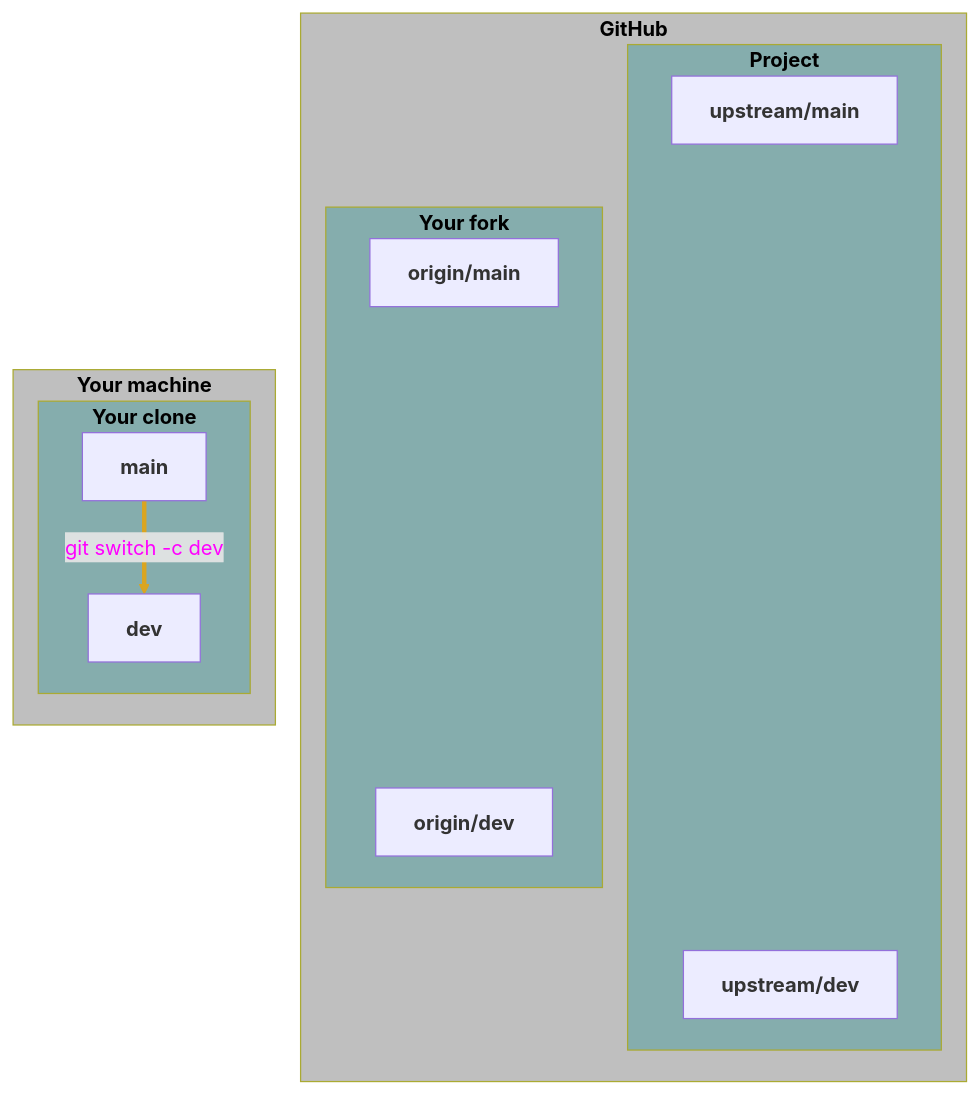
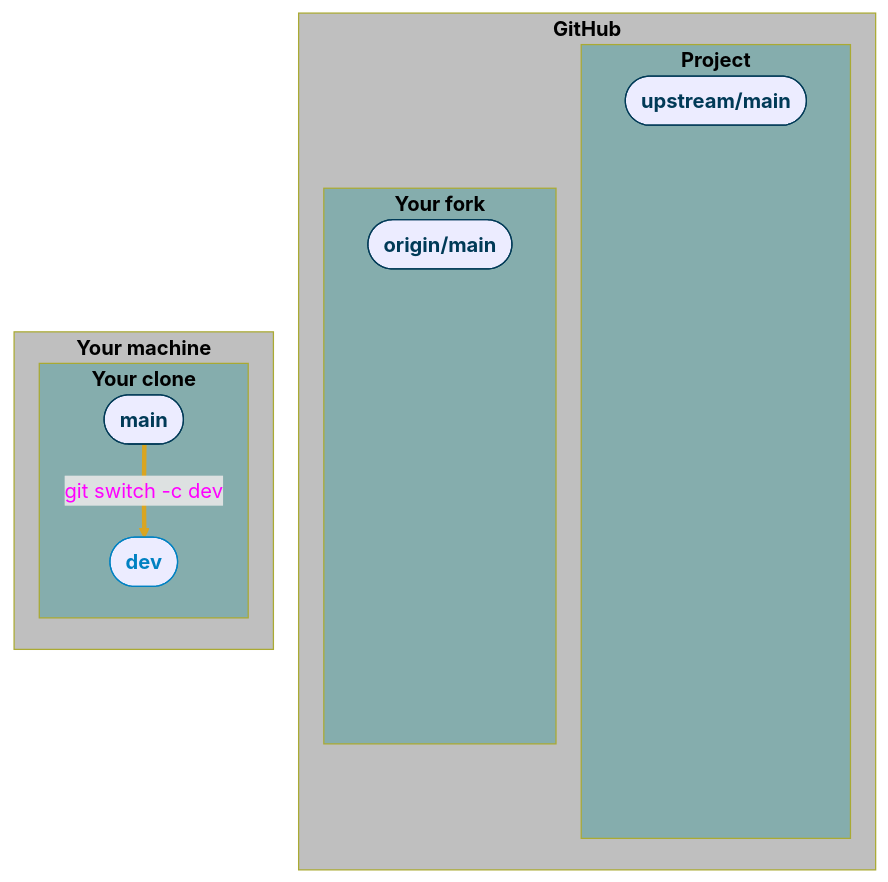
The seventh of 12 diagrams in git/col_pr.qmd (WestDRI/arc-training), drawn with Mermaid before and after one commit. The commit also changed other lines of this file, not shown here.

Commit message:
improve GitHub PR workflow mermaid diagrams

````diff
--- a/git/col_pr.qmd
+++ b/git/col_pr.qmd
@@ -345,45 +405,48 @@
 ```{mermaid}
 %%| echo: false
 flowchart TD
-  subgraph gh["<b>GitHub</b>"]
-    subgraph project["<b>Project</b>"]
-      upstream/main["<b>upstream/main</b>"]
-      upstream/dev["<b>upstream/dev</b>"]
+  subgraph gh["<b>GitHub</b>"];
+    subgraph project["<b>Project</b>"];
+      upstream/main(["<b>upstream/main</b>"]);
+      upstream/dev(["<b>upstream/dev</b>"]);
     end
-    subgraph fork["<b>Your fork</b>"]
-      origin/main["<b>origin/main</b>"]
-      origin/dev["<b>origin/dev</b>"]
+    subgraph fork["<b>Your fork</b>"];
+      origin/main(["<b>origin/main</b>"]);
+      origin/dev(["<b>origin/dev</b>"]);
     end
   end
-  subgraph local["<b>Your machine</b>"]
-    subgraph clone["<b>Your clone</b>"]
-      main["<b>main</b>"]
-      dev["<b>dev</b>"]
+  subgraph local["<b>Your machine</b>"];
+    subgraph clone["<b>Your clone</b>"];
+      main(["<b>main</b>"]);
+      dev(["<b>dev</b>"]);
     end
   end
 
+  classDef hidden display: none;
   classDef location fill:#bfbfbf, color:#000;
   class gh location;
   class local location;
   classDef repo fill:#85adad, color:#000;
   class project repo;
   class fork repo;
   class clone repo;
+  classDef branchmain color:#003a57, stroke:#003a57;
+  classDef branchdev color:#0081c2, stroke:#0081c2;
+  class upstream/main branchmain;
+  class upstream/dev hidden;
+  class origin/main branchmain;
+  class origin/dev hidden;
+  class main branchmain;
+  class dev branchdev;
 
   upstream/main ~~~  origin/main
   origin/main ~~~ main
   upstream/main ~~~ main
   main ~~~ origin/main
   main == git switch -c dev ==> dev
   dev ~~~ origin/dev
   origin/dev ~~~ upstream/dev
   upstream/dev ~~~ upstream/main
 
-  linkStyle 0 stroke:YellowGreen;
-  linkStyle 1 stroke:YellowGreen, color:magenta;
-  linkStyle 2 stroke:goldenrod, color:magenta;
-  linkStyle 3 stroke:sienna, color:magenta;
   linkStyle 4 stroke:goldenrod, color:magenta;
-  linkStyle 5 stroke:goldenrod, color:magenta;
-  linkStyle 6 stroke:goldenrod;
 ```
````
